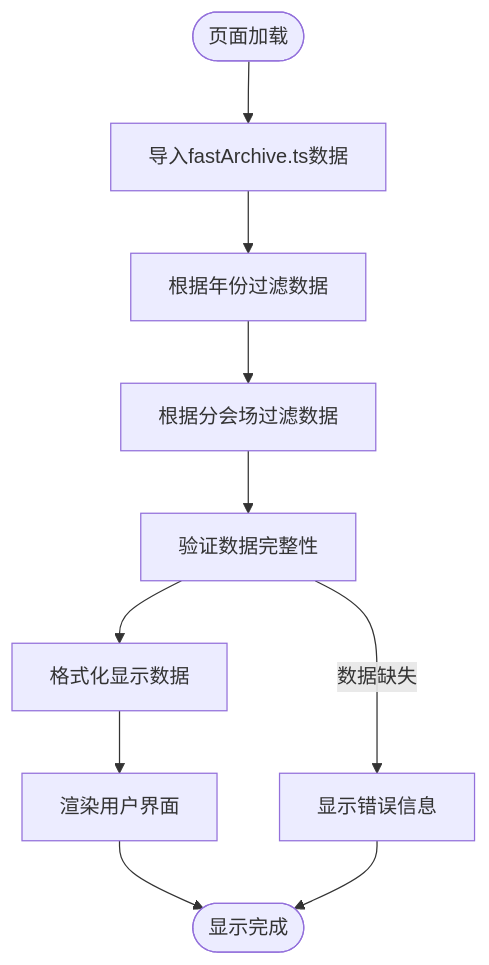
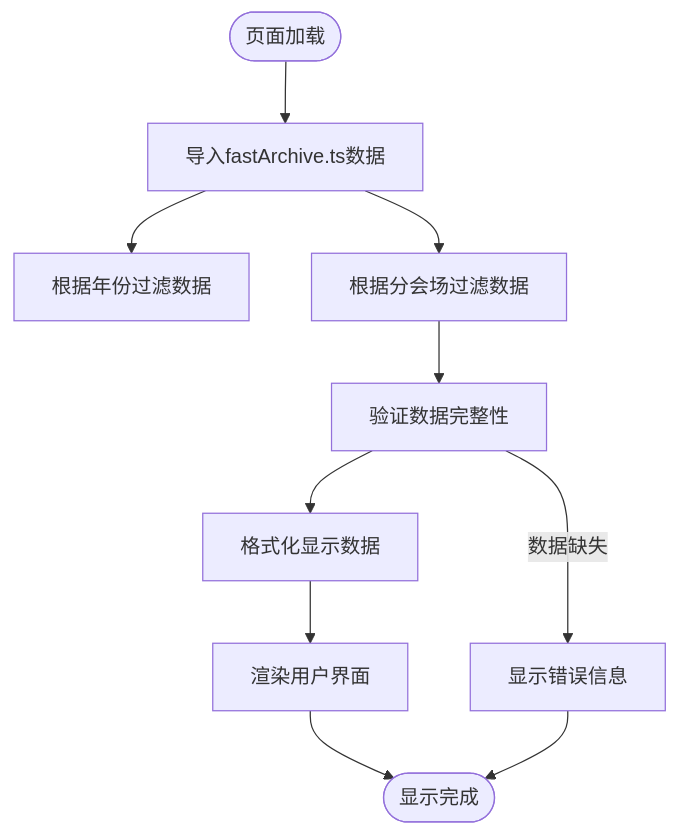
Diagram 12 of 18 in .qoder/repowiki/zh/content/数据模型/数据模型.md (erikliu123/storage_ai_blog), drawn with Mermaid before and after one commit. The commit also changed other lines of this file and 61 other files, not shown here.

````diff
--- a/.qoder/repowiki/zh/content/数据模型/数据模型.md
+++ b/.qoder/repowiki/zh/content/数据模型/数据模型.md
@@ -585,12 +680,12 @@
 ```mermaid
 flowchart TD
 Start([页面加载]) --> ImportArchive["导入fastArchive.ts数据"]
 ImportArchive --> FilterYear["根据年份过滤数据"]
-FilterYear --> FilterSession["根据分会场过滤数据"]
+ImportArchive --> FilterSession["根据分会场过滤数据"]
 FilterSession --> ValidateData["验证数据完整性"]
 ValidateData --> FormatData["格式化显示数据"]
 FormatData --> RenderUI["渲染用户界面"]
 RenderUI --> End([显示完成])
 ValidateData --> |数据缺失| ShowError["显示错误信息"]
 ShowError --> End
 ```
````
